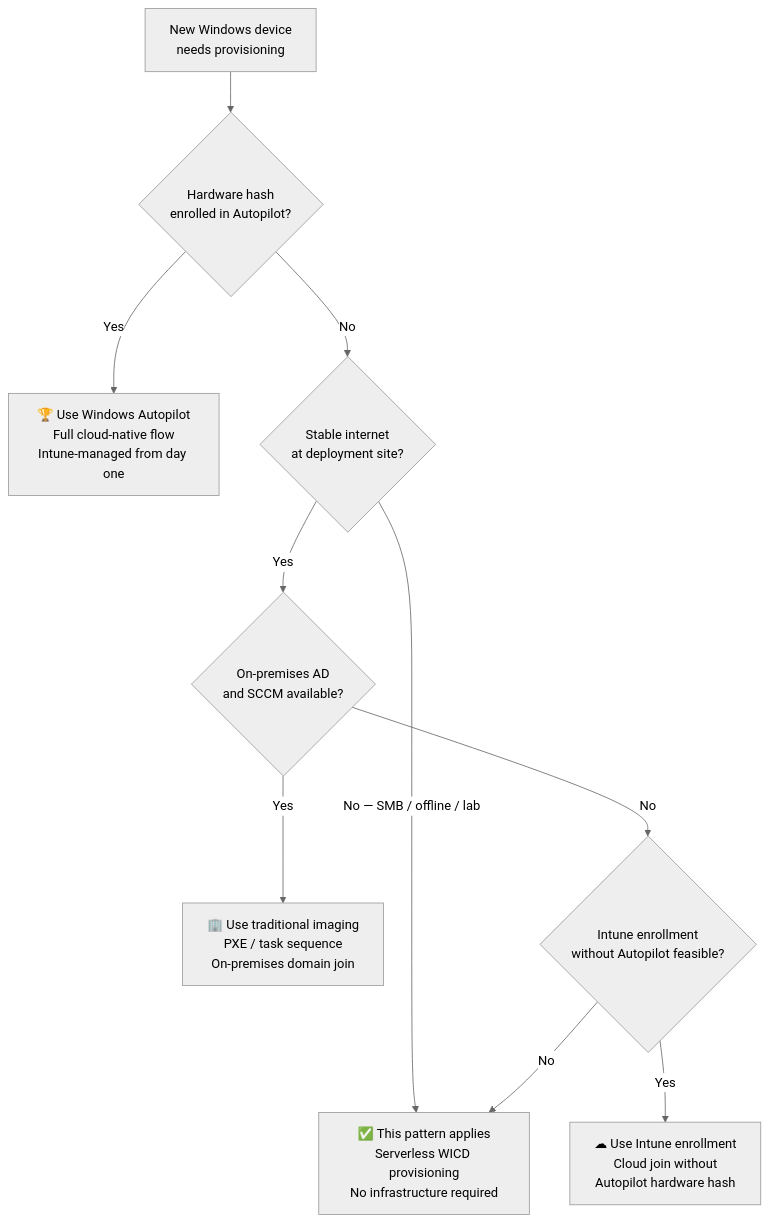
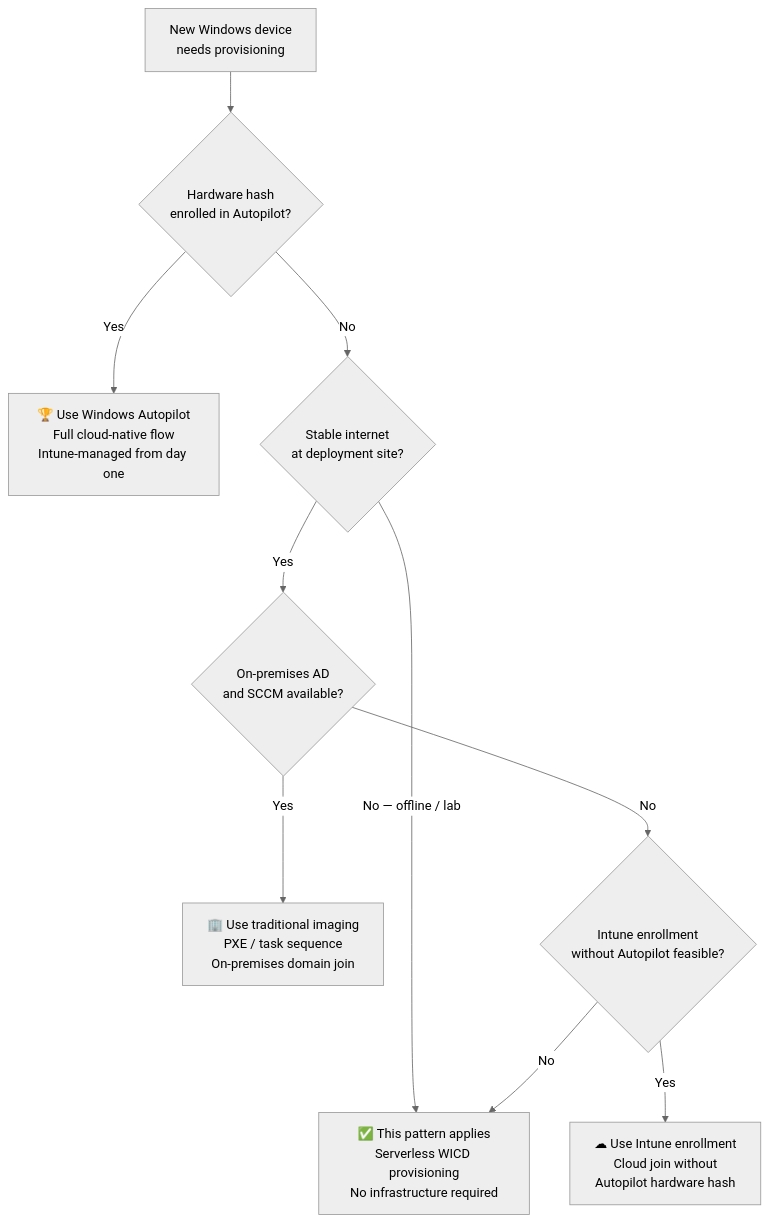
The diagram in patterns/serverless-windows-provisioning-wicd/README.md (Shirish03/windows-endpoint-security-patterns), drawn with Mermaid (neutral theme) before and after one commit. The commit also changed other lines of this file and 2 other files, not shown here.

````diff
--- a/patterns/serverless-windows-provisioning-wicd/README.md
+++ b/patterns/serverless-windows-provisioning-wicd/README.md
@@ -65,22 +65,22 @@
 ```mermaid
 flowchart TB
     A["New Windows device\nneeds provisioning"]
     B{"Hardware hash\nenrolled in Autopilot?"}
     C["🏆 Use Windows Autopilot\nFull cloud-native flow\nIntune-managed from day one"]
     D{"Stable internet\nat deployment site?"}
     E["✅ This pattern applies\nServerless WICD provisioning\nNo infrastructure required"]
     F{"On-premises AD\nand SCCM available?"}
     G["🏢 Use traditional imaging\nPXE / task sequence\nOn-premises domain join"]
     H{"Intune enrollment\nwithout Autopilot feasible?"}
     I["☁ Use Intune enrollment\nCloud join without\nAutopilot hardware hash"]
 
     A --> B
     B -->|Yes| C
     B -->|No| D
-    D -->|"No — SMB / offline / lab"| E
+    D -->|"No — offline / lab"| E
     D -->|Yes| F
     F -->|Yes| G
     F -->|No| H
     H -->|Yes| I
     H -->|No| E
 ```
````
